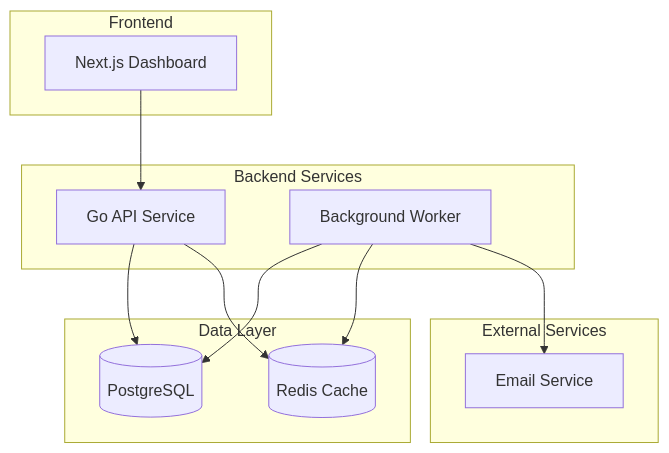
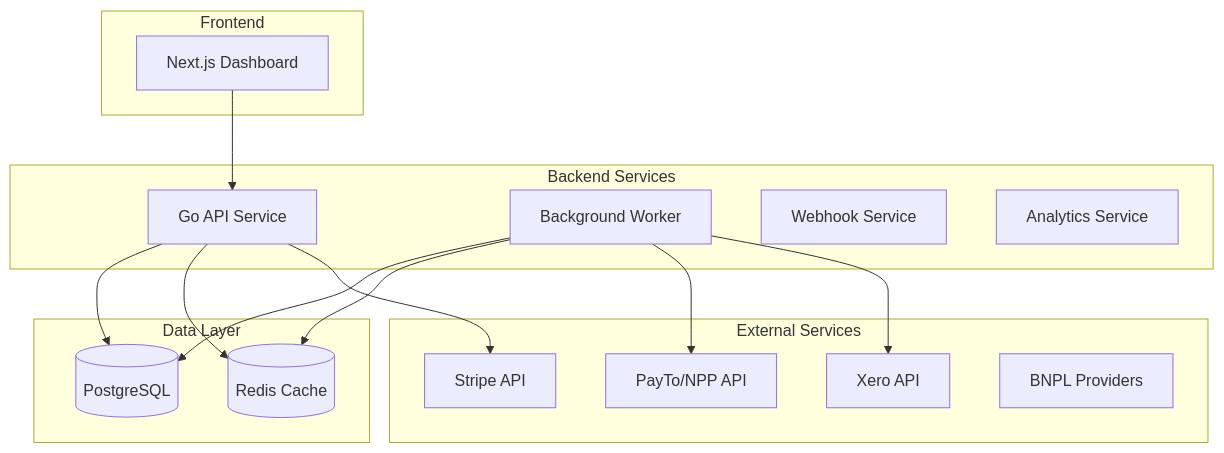
The second of 4 diagrams in README.md (sambitmohanty1/payment-watchdog), drawn with Mermaid before and after one commit. The commit also changed other lines of this file and 1 other file, not shown here.

First line of the commit message:
fix(api): resolve fmt.Sprintf format error in Redis connection

````diff
--- a/README.md
+++ b/README.md
@@ -602,27 +608,34 @@
 ```mermaid
 graph TB
     subgraph "Frontend"
         WEB[Next.js Dashboard]
     end
     
     subgraph "Backend Services"
         API[Go API Service]
         WORKER[Background Worker]
+        WEBHOOK[Webhook Service]
+        ANALYTICS[Analytics Service]
     end
     
     subgraph "Data Layer"
         POSTGRES[(PostgreSQL)]
         REDIS[(Redis Cache)]
     end
     
     subgraph "External Services"
-        MAILHOG[Email Service]
+        STRIPE[Stripe API]
+        PAYTO[PayTo/NPP API]
+        XERO[Xero API]
+        BNPL[BNPL Providers]
     end
     
     WEB --> API
     API --> POSTGRES
     API --> REDIS
     WORKER --> POSTGRES
     WORKER --> REDIS
-    WORKER --> MAILHOG
+    API --> STRIPE
+    WORKER --> PAYTO
+    WORKER --> XERO
 ```
````
